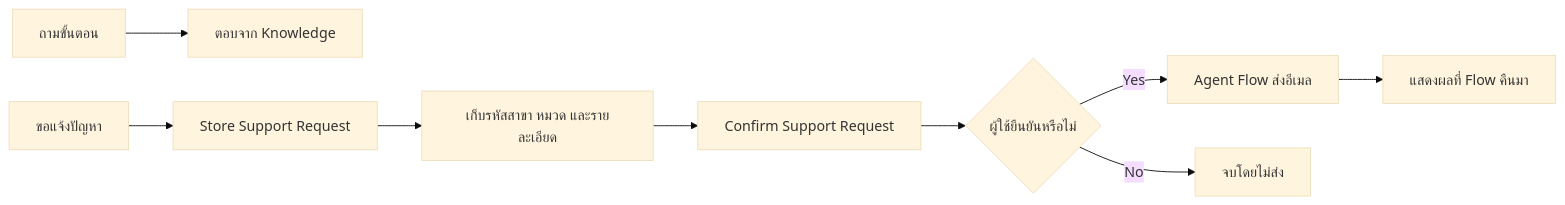
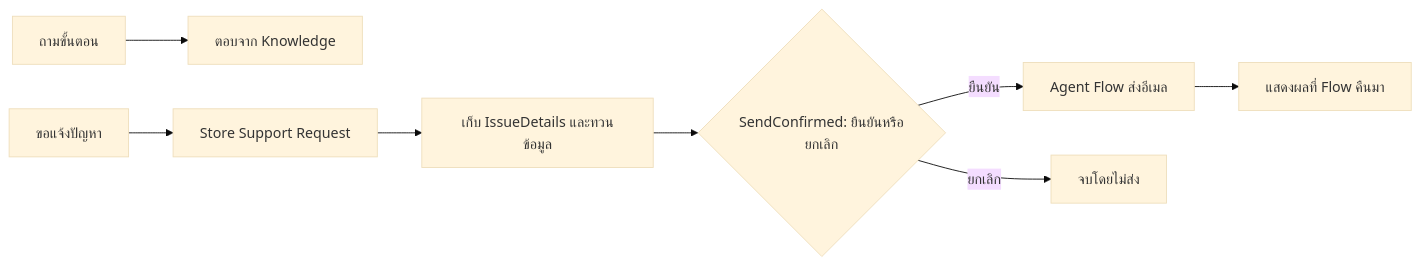
Before and after one commit to teerasej/cpall-automation-and-ai-day-2026: the diagram in docs/index.md, drawn with Mermaid (base theme). The commit also changed other lines of this file and 34 other files, not shown here.

````diff
--- a/docs/index.md
+++ b/docs/index.md
@@ -89,11 +87,10 @@
 ```mermaid
 flowchart LR
     A["ถามขั้นตอน"] --> B["ตอบจาก Knowledge"]
     C["ขอแจ้งปัญหา"] --> D["Store Support Request"]
-    D --> E["เก็บรหัสสาขา หมวด และรายละเอียด"]
-    E --> F["Confirm Support Request"]
-    F --> G{"ผู้ใช้ยืนยันหรือไม่"}
-    G -->|Yes| H["Agent Flow ส่งอีเมล"]
-    G -->|No| I["จบโดยไม่ส่ง"]
+    D --> E["เก็บ IssueDetails และทวนข้อมูล"]
+    E --> G{"SendConfirmed: ยืนยันหรือยกเลิก"}
+    G -->|ยืนยัน| H["Agent Flow ส่งอีเมล"]
+    G -->|ยกเลิก| I["จบโดยไม่ส่ง"]
     H --> J["แสดงผลที่ Flow คืนมา"]
 ```
````
